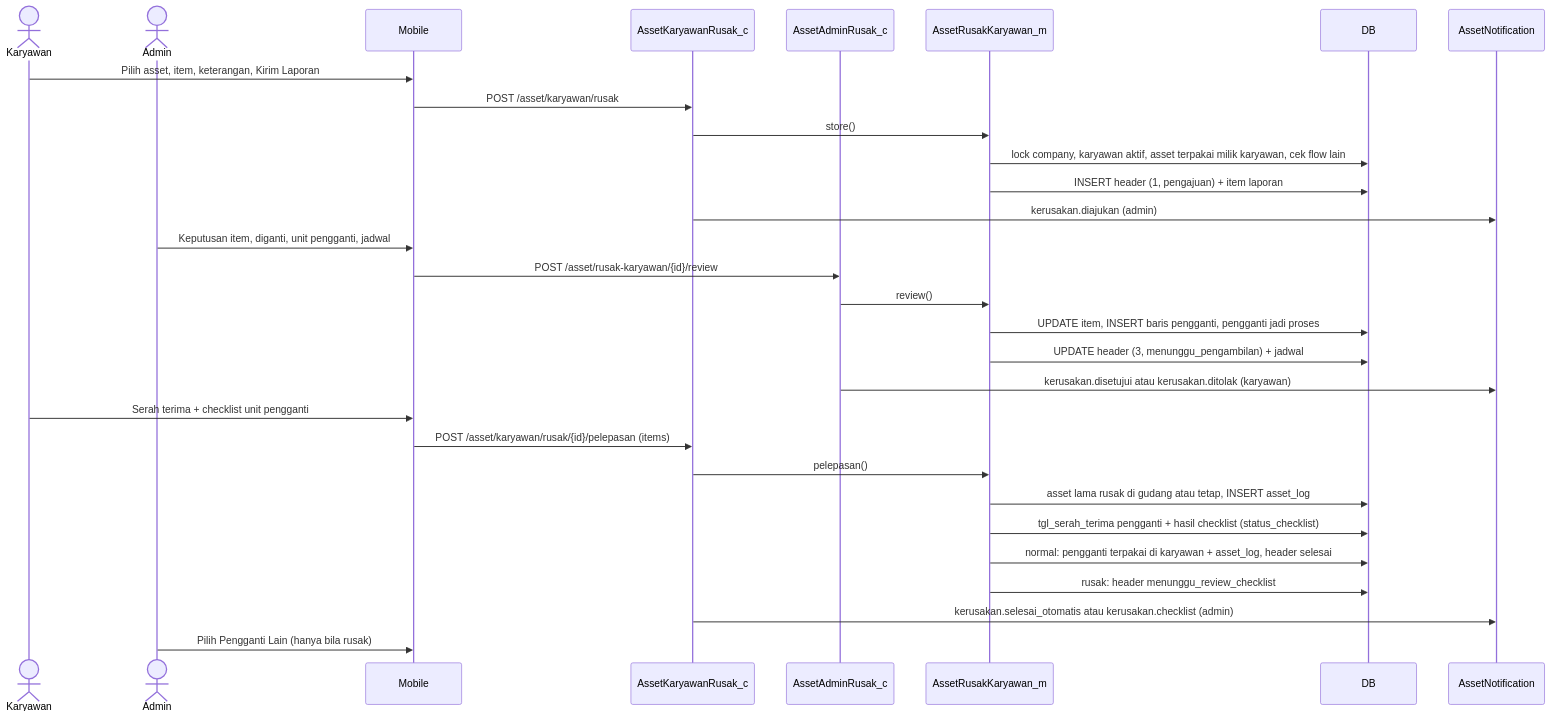
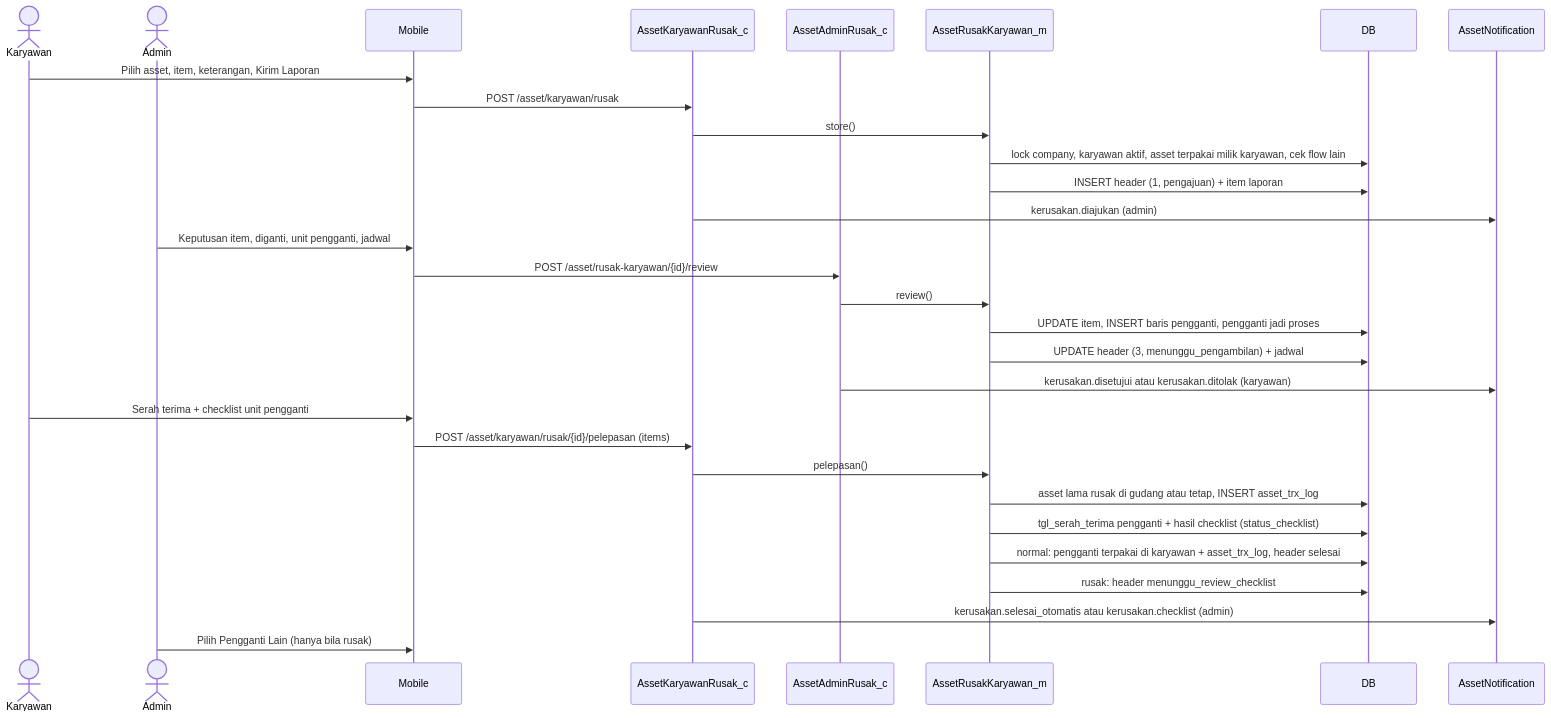
The second of 4 diagrams in dokumentasi-asset-kerusakan-karyawan.md (setiyawan12/DOKUMENTASI-ASSET), drawn with Mermaid before and after one commit. The commit also changed other lines of this file and 34 other files, not shown here.

````diff
--- a/dokumentasi-asset-kerusakan-karyawan.md
+++ b/dokumentasi-asset-kerusakan-karyawan.md
@@ -253,33 +253,33 @@
 ```mermaid
 sequenceDiagram
     actor K as Karyawan
     actor A as Admin
     participant M as Mobile
     participant CK as AssetKaryawanRusak_c
     participant CA as AssetAdminRusak_c
     participant R as AssetRusakKaryawan_m
     participant DB
     participant N as AssetNotification
 
     K->>M: Pilih asset, item, keterangan, Kirim Laporan
     M->>CK: POST /asset/karyawan/rusak
     CK->>R: store()
     R->>DB: lock company, karyawan aktif, asset terpakai milik karyawan, cek flow lain
     R->>DB: INSERT header (1, pengajuan) + item laporan
     CK->>N: kerusakan.diajukan (admin)
     A->>M: Keputusan item, diganti, unit pengganti, jadwal
     M->>CA: POST /asset/rusak-karyawan/{id}/review
     CA->>R: review()
     R->>DB: UPDATE item, INSERT baris pengganti, pengganti jadi proses
     R->>DB: UPDATE header (3, menunggu_pengambilan) + jadwal
     CA->>N: kerusakan.disetujui atau kerusakan.ditolak (karyawan)
     K->>M: Serah terima + checklist unit pengganti
     M->>CK: POST /asset/karyawan/rusak/{id}/pelepasan (items)
     CK->>R: pelepasan()
-    R->>DB: asset lama rusak di gudang atau tetap, INSERT asset_log
+    R->>DB: asset lama rusak di gudang atau tetap, INSERT asset_trx_log
     R->>DB: tgl_serah_terima pengganti + hasil checklist (status_checklist)
-    R->>DB: normal: pengganti terpakai di karyawan + asset_log, header selesai
+    R->>DB: normal: pengganti terpakai di karyawan + asset_trx_log, header selesai
     R->>DB: rusak: header menunggu_review_checklist
     CK->>N: kerusakan.selesai_otomatis atau kerusakan.checklist (admin)
     A->>M: Pilih Pengganti Lain (hanya bila rusak)
 ```
````
